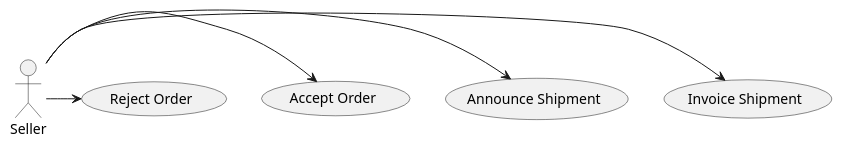
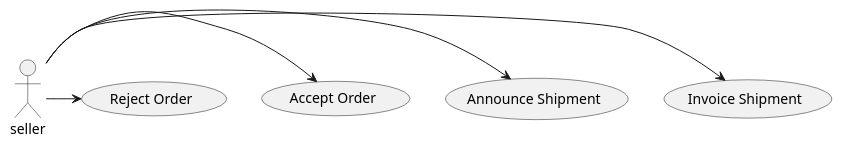
The second of 6 diagrams in overview.org (EciStg/order-placement), drawn with PlantUML before and after one commit. The commit also changed other lines of this file and 8 other files, not shown here.

Commit message:
overview : added full sequence diagram, removed the consumer actor (for now), fixed capitalization and spelling errors.

```diff
--- a/overview.org
+++ b/overview.org
@@ -23,8 +20,8 @@
 #+BEGIN_SRC plantuml :file ./images/seller-usecases.puml.png :exports results
 @startuml sequence-buyer2seller.png
-Seller -> (Invoice Shipment)
-Seller -> (Announce Shipment)
-Seller -> (Accept Order)
-Seller -> (Reject Order)
+seller -> (Invoice Shipment)
+seller -> (Announce Shipment)
+seller -> (Accept Order)
+seller -> (Reject Order)
 @enduml
 #+END_SRC
```
